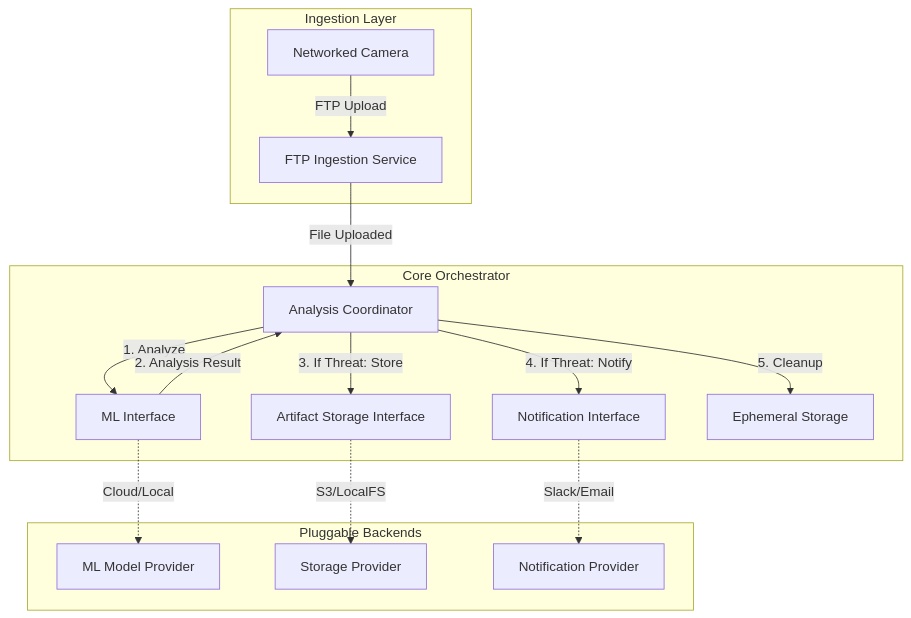
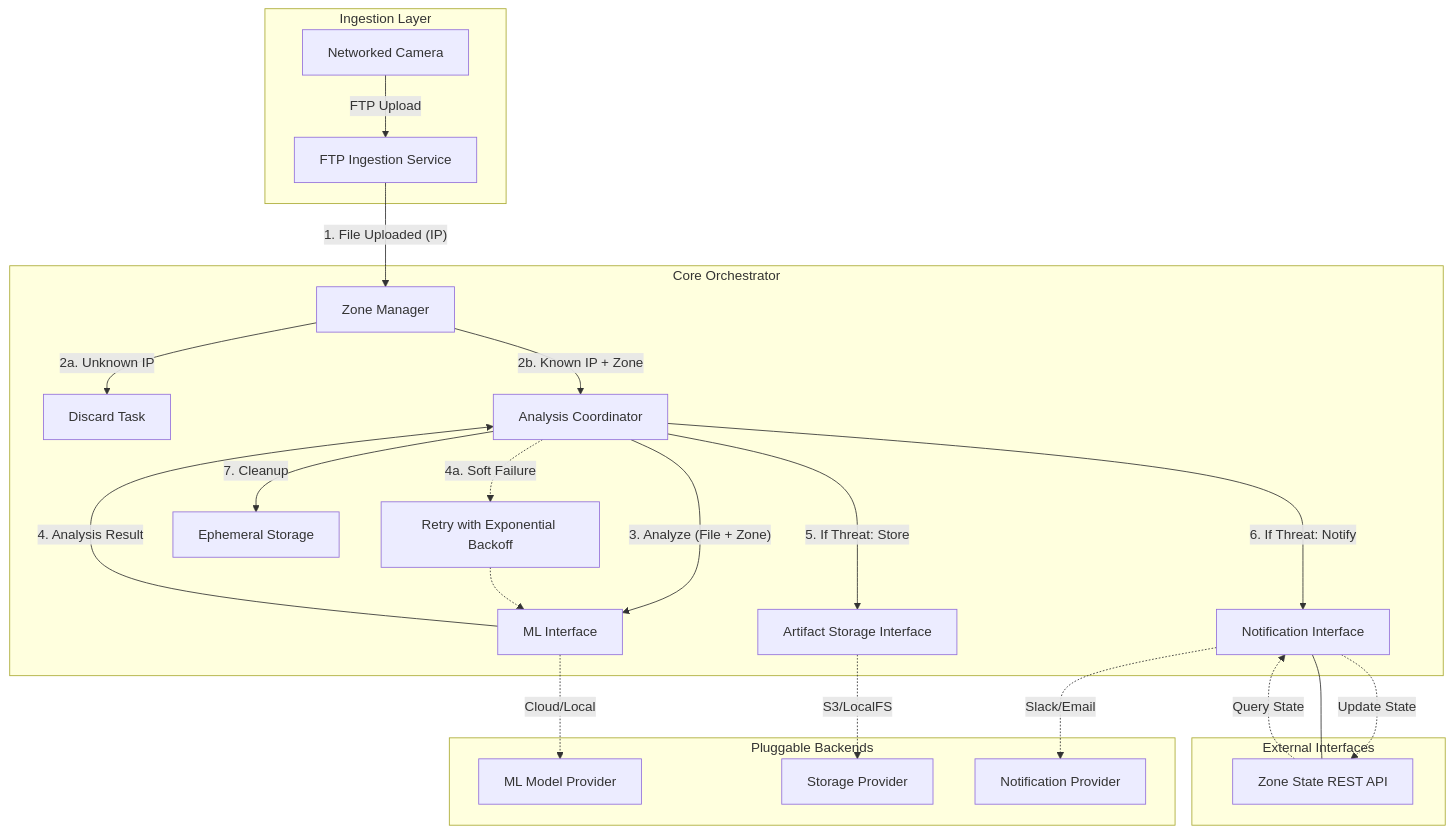
Before and after one commit to digitalentity/red-queen: the first of 2 diagrams in docs/DESIGN.md, drawn with Mermaid. The commit also changed other lines of this file and 2 other files, not shown here.

````diff
--- a/docs/DESIGN.md
+++ b/docs/DESIGN.md
@@ -7,23 +7,35 @@
 ```mermaid
 graph TD
     subgraph "Ingestion Layer"
         Camera[Networked Camera] -->|FTP Upload| FTPServer[FTP Ingestion Service]
     end
 
     subgraph "Core Orchestrator"
-        FTPServer -->|File Uploaded| Coordinator[Analysis Coordinator]
-        Coordinator -->|1. Analyze| MLInterface[ML Interface]
-        MLInterface -->|2. Analysis Result| Coordinator
+        FTPServer -->|"1. File Uploaded (IP)"| ZoneManager[Zone Manager]
+        ZoneManager -->|"2a. Unknown IP"| Discard[Discard Task]
+        ZoneManager -->|"2b. Known IP + Zone"| Coordinator[Analysis Coordinator]
         
-        Coordinator -->|3. If Threat: Store| StorageInterface[Artifact Storage Interface]
-        Coordinator -->|4. If Threat: Notify| NotificationInterface[Notification Interface]
+        Coordinator -->|"3. Analyze (File + Zone)"| MLInterface[ML Interface]
+        MLInterface -->|"4. Analysis Result"| Coordinator
         
-        Coordinator -->|5. Cleanup| TempStorage[Ephemeral Storage]
+        Coordinator -.->|"4a. Soft Failure"| Retry[Retry with Exponential Backoff]
+        Retry -.-> MLInterface
+
+        Coordinator -->|"5. If Threat: Store"| StorageInterface[Artifact Storage Interface]
+        Coordinator -->|"6. If Threat: Notify"| NotificationInterface[Notification Interface]
+        
+        Coordinator -->|"7. Cleanup"| TempStorage[Ephemeral Storage]
     end
 
     subgraph "Pluggable Backends"
         MLInterface -.->|Cloud/Local| MLModel[ML Model Provider]
         StorageInterface -.->|S3/LocalFS| StorageProvider[Storage Provider]
         NotificationInterface -.->|Slack/Email| NotificationProvider[Notification Provider]
     end
+
+    subgraph "External Interfaces"
+        ZoneAPI[Zone State REST API] --- NotificationInterface
+        ZoneAPI -.->|Query State| NotificationInterface
+        NotificationInterface -.->|Update State| ZoneAPI
+    end
 ```
````
